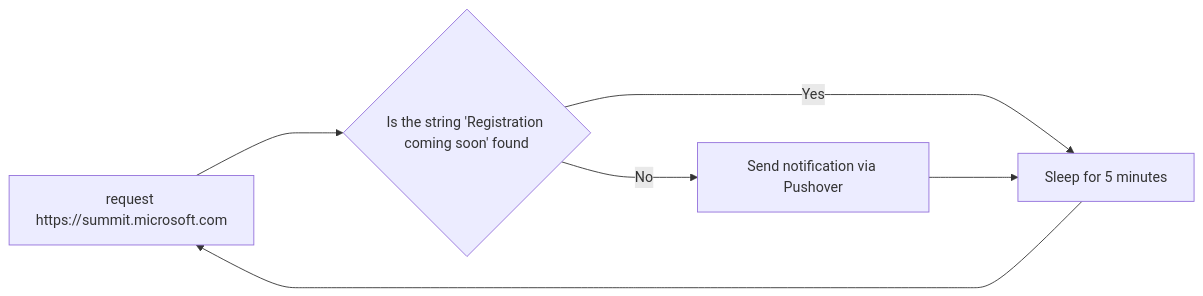
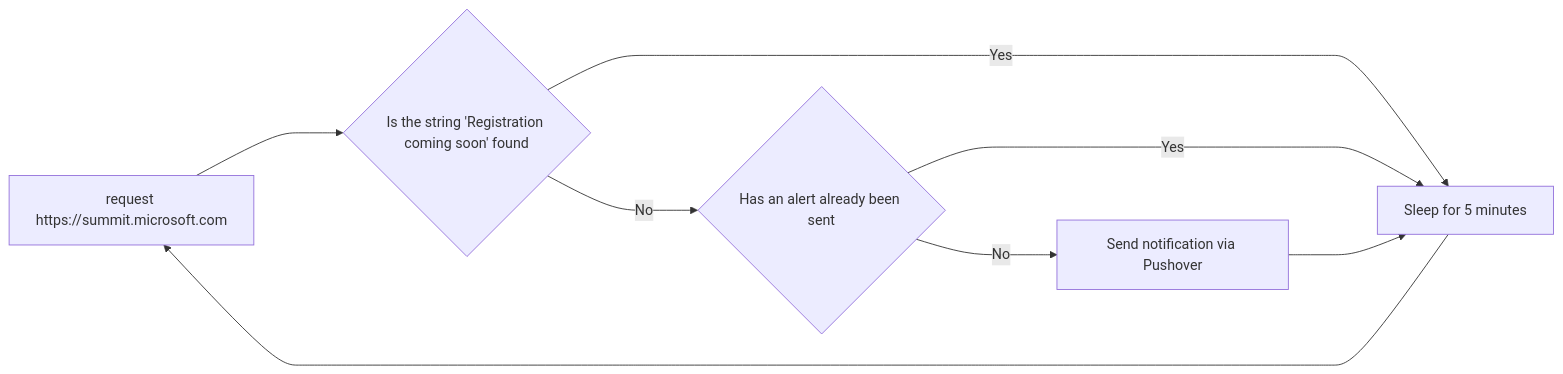
Before and after one commit to simonpainter/www.simonpainter.com: the diagram in blog/mvp-summit-registration-watcher.md, drawn with Mermaid. The commit also changed other lines of this file, not shown here.

Commit message:
Address review feedback on watcher post

````diff
--- a/blog/mvp-summit-registration-watcher.md
+++ b/blog/mvp-summit-registration-watcher.md
@@ -24,13 +24,18 @@
 ```mermaid
 flowchart LR
+    accTitle: MVP Summit registration watcher
+    accDescr: The script checks the Summit page every five minutes. While the registration message remains, it waits and checks again. When the message disappears, it sends one Pushover notification, then waits and checks again without sending duplicate alerts.
     request-url["request https://summit.microsoft.com"]
     is-string-found{"Is the string 'Registration coming soon' found"}
+    alert-sent{"Has an alert already been sent"}
     sleep-300["Sleep for 5 minutes"]
     send-notification["Send notification via Pushover"]
 
     request-url ---> is-string-found
     is-string-found--->|Yes|sleep-300
     sleep-300--->request-url
-    is-string-found--->|No|send-notification
+    is-string-found--->|No|alert-sent
+    alert-sent--->|Yes|sleep-300
+    alert-sent--->|No|send-notification
     send-notification ---> sleep-300
 ```
````
